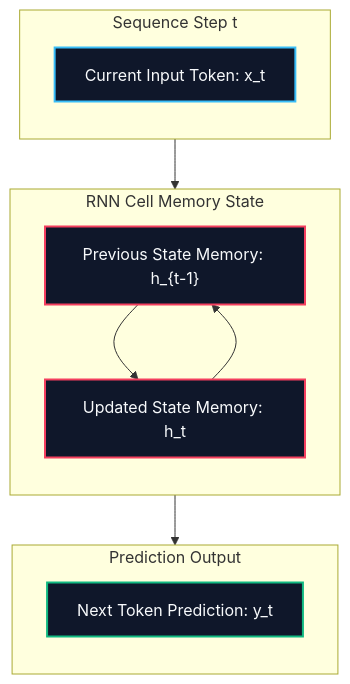
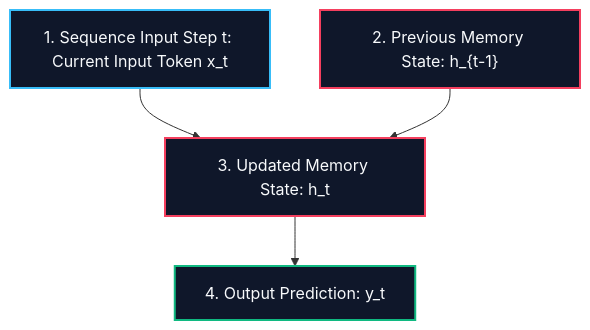
The fourth of 5 diagrams in contents/blog/0071-demystifying-neural-networks-perceptron-to-dnn-cnn-rnn/index.md (narenandu/narenvadapalli_dot_com), drawn with Mermaid before and after one commit. The commit also changed other lines of this file and 22 other files, not shown here.

Commit message:
fix(blog): resolve side-by-side Mermaid diagrams, KaTeX math formatting, and alert tags across all blogs

````diff
--- a/contents/blog/0071-demystifying-neural-networks-perceptron-to-dnn-cnn-rnn/index.md
+++ b/contents/blog/0071-demystifying-neural-networks-perceptron-to-dnn-cnn-rnn/index.md
@@ -125,27 +108,15 @@
 ```mermaid
 flowchart TD
     classDef rnn1 fill:#0F172A,stroke:#38BDF8,stroke-width:2px,color:#F8FAFC;
     classDef rnn2 fill:#0F172A,stroke:#F43F5E,stroke-width:2px,color:#F8FAFC;
     classDef rnn3 fill:#0F172A,stroke:#10B981,stroke-width:2px,color:#F8FAFC;
 
-    subgraph InputSequence["Sequence Step t"]
-        direction TB
-        Xt["Current Input Token: x_t"]:::rnn1
-    end
-
-    subgraph HiddenMemory["RNN Cell Memory State"]
-        direction TB
-        HtPrev["Previous State Memory: h_{t-1}"]:::rnn2
-        HtCurr["Updated State Memory: h_t"]:::rnn2
-    end
-
-    subgraph OutputStep["Prediction Output"]
-        direction TB
-        Yt["Next Token Prediction: y_t"]:::rnn3
-    end
+    Xt["1. Sequence Input Step t: Current Input Token x_t"]:::rnn1
+    HtPrev["2. Previous Memory State: h_{t-1}"]:::rnn2
+    HtCurr["3. Updated Memory State: h_t"]:::rnn2
+    Yt["4. Output Prediction: y_t"]:::rnn3
 
     Xt --> HtCurr
     HtPrev --> HtCurr
     HtCurr --> Yt
-    HtCurr --> HtPrev
 ```
````
